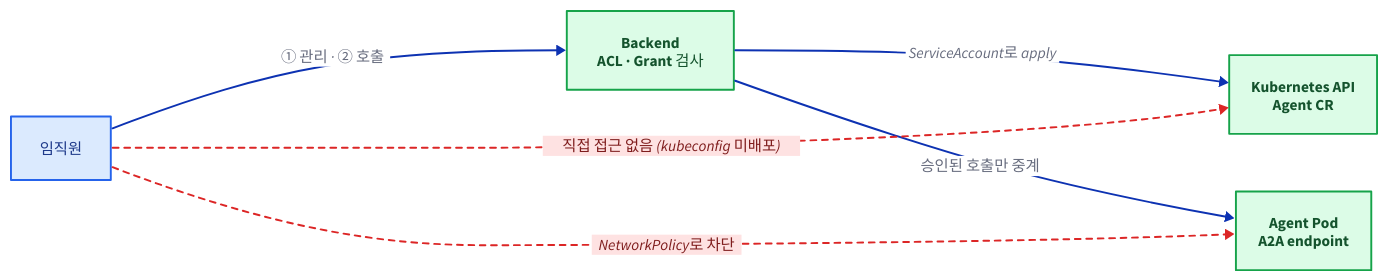
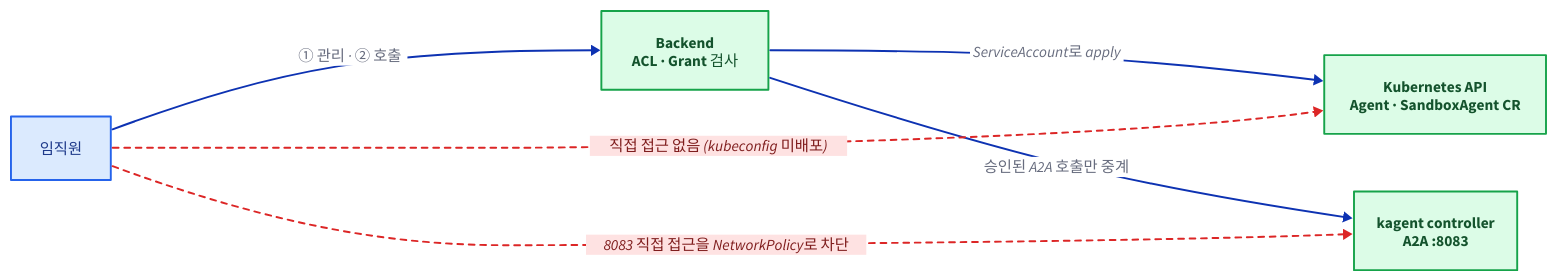
One commit to mechurak/study-starlight changed the third of 3 diagrams in src/content/docs/agent-platform/10-kagent-integration.mdx. Above: the diagram before and after it, drawn with D2. The commit also changed other lines of this file and 24 other files, not shown here.

````diff
--- a/src/content/docs/agent-platform/10-kagent-integration.mdx
+++ b/src/content/docs/agent-platform/10-kagent-integration.mdx
@@ -216,38 +247,38 @@
 ```d2 layout=elk pad=40 title="관리 경로는 backend의 ACL 검사와 ServiceAccount로, 호출 경로는 backend의 Grant 검사와 NetworkPolicy로 막고 사용자의 직접 접근을 차단하는 구조"
 direction: right
 
 classes: {
   key: {
     style: {
       fill: "#dbeafe"
       stroke: "#2563eb"
       font-color: "#1e3a8a"
     }
   }
   ok: {
     style: {
       fill: "#dcfce7"
       stroke: "#16a34a"
       font-color: "#14532d"
     }
   }
   bad: {
     style: {
       fill: "#fee2e2"
       stroke: "#dc2626"
       font-color: "#7f1d1d"
     }
   }
 }
 
 user: "임직원" { class: key }
 be: "Backend\nACL · Grant 검사" { class: ok }
-k8s: "Kubernetes API\nAgent CR" { class: ok }
-agent: "Agent Pod\nA2A endpoint" { class: ok }
+k8s: "Kubernetes API\nAgent · SandboxAgent CR" { class: ok }
+ctrl: "kagent controller\nA2A :8083" { class: ok }
 
 user -> be: "① 관리 · ② 호출"
 be -> k8s: "ServiceAccount로 apply"
-be -> agent: "승인된 호출만 중계"
+be -> ctrl: "승인된 A2A 호출만 중계"
 user -> k8s: "직접 접근 없음 (kubeconfig 미배포)" { class: bad; style.stroke-dash: 3 }
-user -> agent: "NetworkPolicy로 차단" { class: bad; style.stroke-dash: 3 }
+user -> ctrl: "8083 직접 접근을 NetworkPolicy로 차단" { class: bad; style.stroke-dash: 3 }
 ```
````
